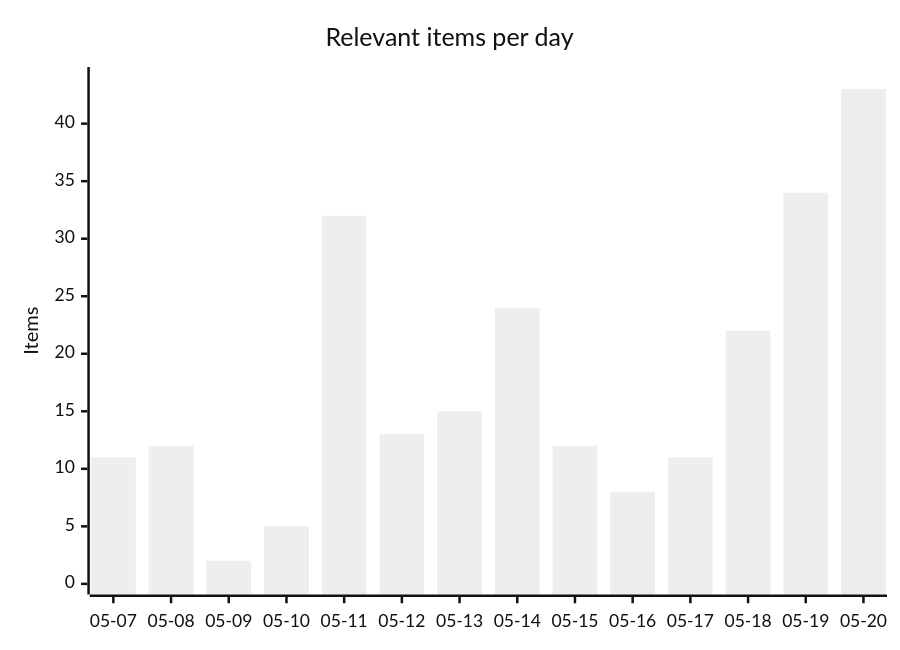
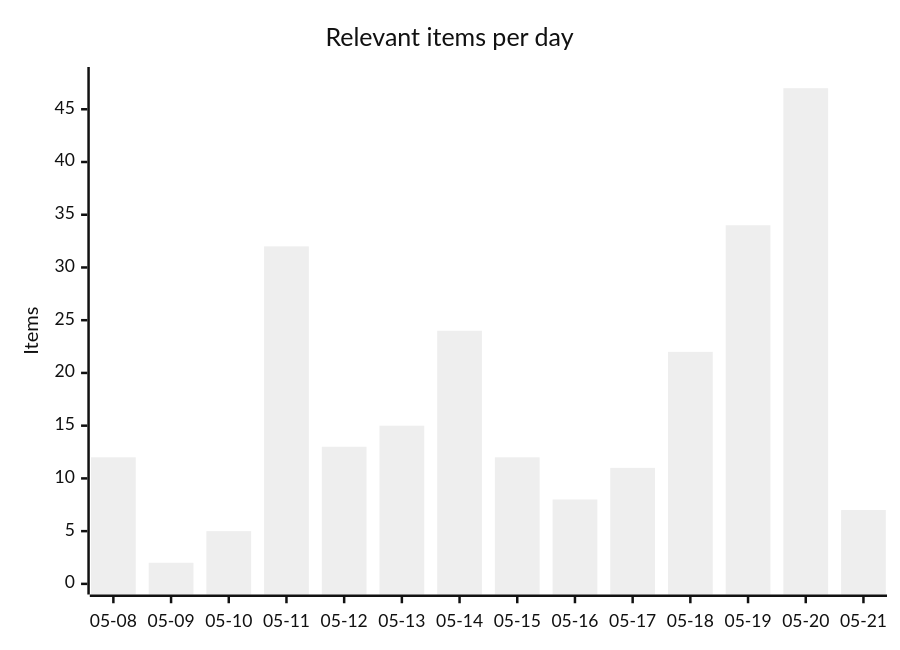
One commit to martinbalfanz/social-scanner-reports changed the first of 4 diagrams in README.md. Above: the diagram before and after it, drawn with Mermaid (neutral theme). The commit also changed other lines of this file and 4 other files, not shown here.

````diff
--- a/README.md
+++ b/README.md
@@ -30,7 +30,7 @@
 ```mermaid
 xychart-beta
     title "Relevant items per day"
-    x-axis ["05-07", "05-08", "05-09", "05-10", "05-11", "05-12", "05-13", "05-14", "05-15", "05-16", "05-17", "05-18", "05-19", "05-20"]
-    y-axis "Items" 0 --> 44
-    bar [11, 12, 2, 5, 32, 13, 15, 24, 12, 8, 11, 22, 34, 43]
+    x-axis ["05-08", "05-09", "05-10", "05-11", "05-12", "05-13", "05-14", "05-15", "05-16", "05-17", "05-18", "05-19", "05-20", "05-21"]
+    y-axis "Items" 0 --> 48
+    bar [12, 2, 5, 32, 13, 15, 24, 12, 8, 11, 22, 34, 47, 7]
 ```
````
